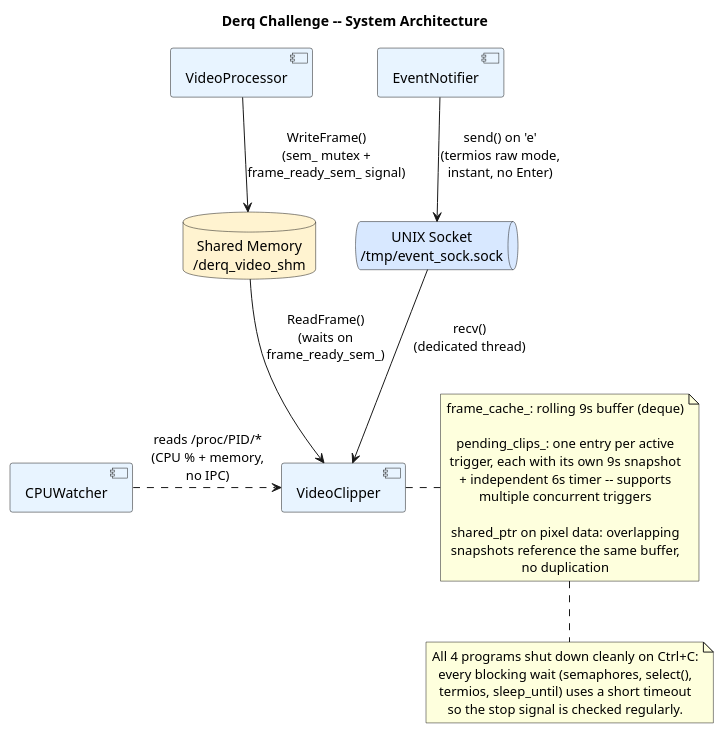
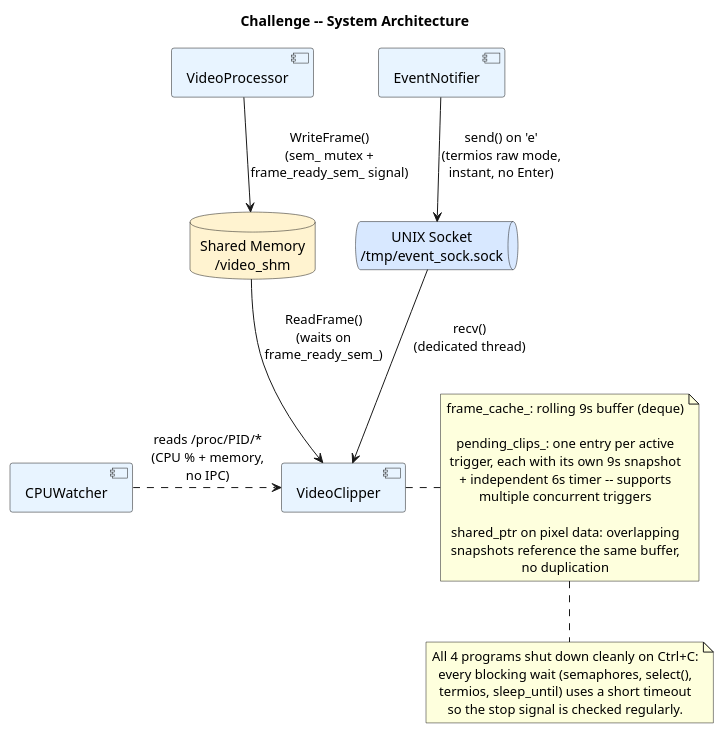
Before and after one commit to cafhaf22/RTVideoPorcessor: the diagram in doc/architecture_overview.plantuml, drawn with PlantUML. The commit also changed 9 other files, not shown here.

```diff
--- a/doc/architecture_overview.plantuml
+++ b/doc/architecture_overview.plantuml
@@ -1,44 +1,44 @@
 @startuml architecture_overview
 skinparam backgroundColor white
 skinparam defaultTextAlignment center
 skinparam componentBackgroundColor #E8F4FF
 
-title Derq Challenge -- System Architecture
+title Challenge -- System Architecture
 
 component "VideoProcessor" as VP
 component "VideoClipper" as VC
 component "EventNotifier" as EN
 component "CPUWatcher" as CW
 
-database "Shared Memory\n/derq_video_shm" as SHM #FFF3D0
+database "Shared Memory\n/video_shm" as SHM #FFF3D0
 queue "UNIX Socket\n/tmp/event_sock.sock" as SOCK #D8E8FF
 
 VP -down-> SHM : WriteFrame()\n(sem_ mutex +\nframe_ready_sem_ signal)
 SHM -down-> VC : ReadFrame()\n(waits on\nframe_ready_sem_)
 
 EN -down-> SOCK : send() on 'e'\n(termios raw mode,\ninstant, no Enter)
 SOCK -down-> VC : recv()\n(dedicated thread)
 
 CW .right.> VC : reads /proc/PID/*\n(CPU % + memory,\nno IPC)
 
 note right of VC
   frame_cache_: rolling 9s buffer (deque)
 
   pending_clips_: one entry per active
   trigger, each with its own 9s snapshot
   + independent 6s timer -- supports
   multiple concurrent triggers
 
   shared_ptr on pixel data: overlapping
   snapshots reference the same buffer,
   no duplication
 end note
 
 note bottom
   All 4 programs shut down cleanly on Ctrl+C:
   every blocking wait (semaphores, select(),
   termios, sleep_until) uses a short timeout
   so the stop signal is checked regularly.
 end note
 
 @enduml
```
